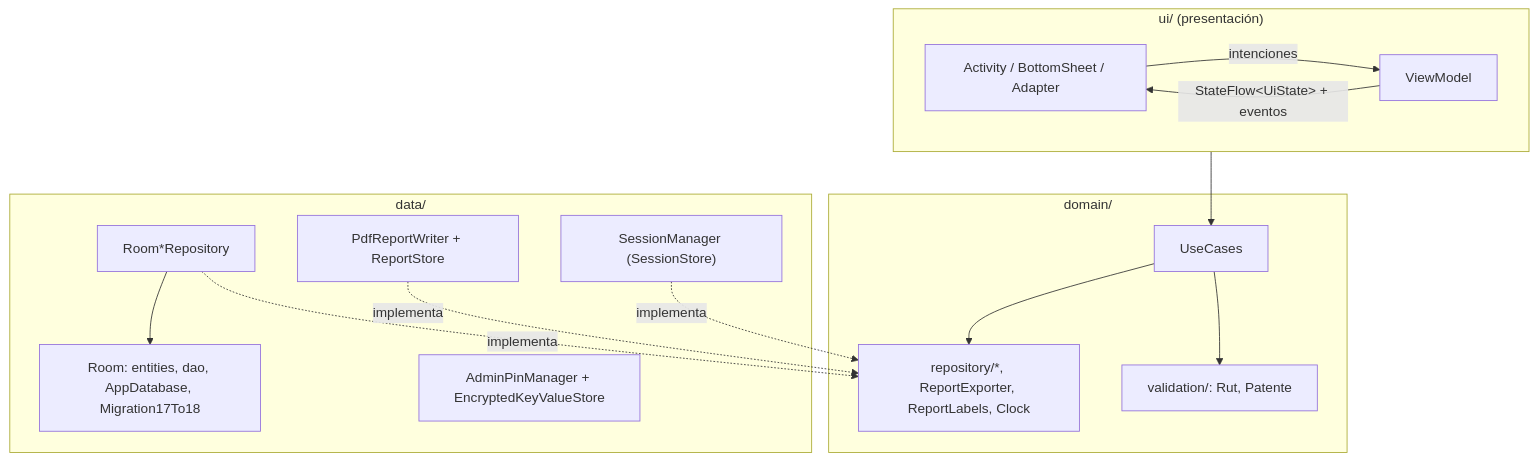
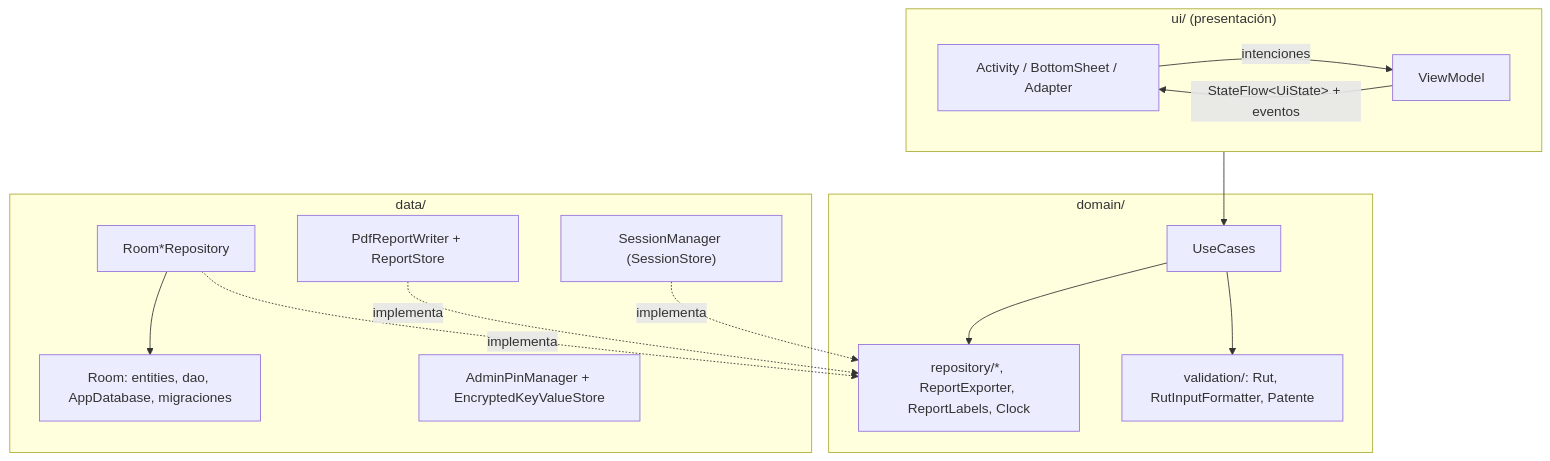
The first of 3 diagrams in docs/ARCHITECTURE.md (dur1al/controlate-android), drawn with Mermaid before and after one commit. The commit also changed other lines of this file and 4 other files, not shown here.

````diff
--- a/docs/ARCHITECTURE.md
+++ b/docs/ARCHITECTURE.md
@@ -9,27 +9,27 @@
 ```mermaid
 flowchart TB
     subgraph ui["ui/ (presentación)"]
         direction LR
         ACT["Activity / BottomSheet / Adapter"] -->|intenciones| VM["ViewModel"]
         VM -->|StateFlow&lt;UiState&gt; + eventos| ACT
     end
     subgraph domain["domain/"]
         UC["UseCases"]
         CONTRACTS["repository/*, ReportExporter, ReportLabels, Clock"]
-        VAL["validation/: Rut, Patente"]
+        VAL["validation/: Rut, RutInputFormatter, Patente"]
     end
     subgraph data["data/"]
-        ROOM["Room: entities, dao, AppDatabase, Migration17To18"]
+        ROOM["Room: entities, dao, AppDatabase, migraciones"]
         REPO["Room*Repository"]
         PDFW["PdfReportWriter + ReportStore"]
         SEC["AdminPinManager + EncryptedKeyValueStore"]
         SES["SessionManager (SessionStore)"]
     end
     VM --> UC
     UC --> CONTRACTS
     UC --> VAL
     REPO -. implementa .-> CONTRACTS
     PDFW -. implementa .-> CONTRACTS
     SES -. implementa .-> CONTRACTS
     REPO --> ROOM
 ```
````
